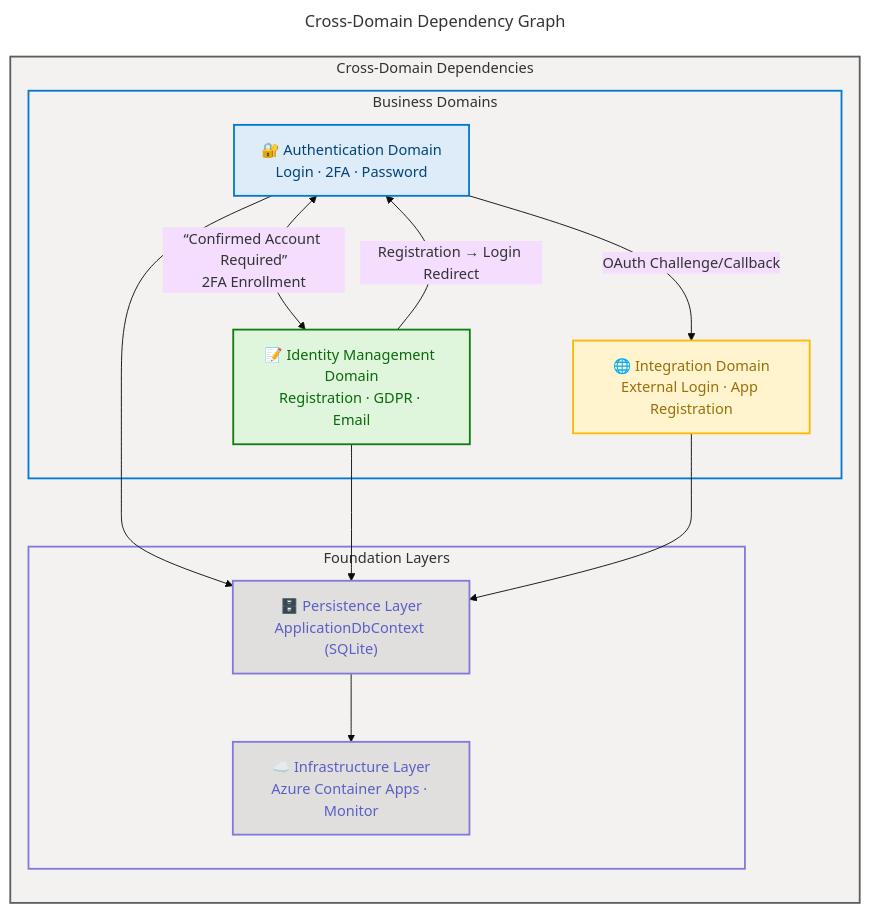
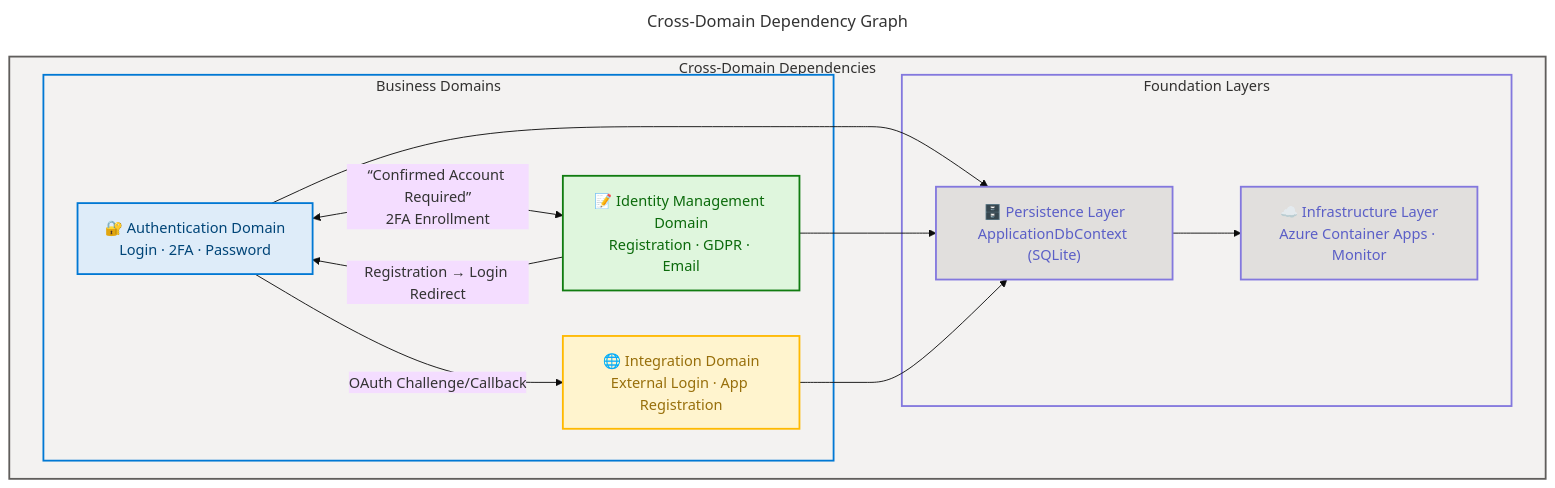
Before and after one commit to Evilazaro/IdentityProvider: diagram 11 of 11 in docs/architecture/business-architecture.md, drawn with Mermaid. The commit also changed other lines of this file, not shown here.

Commit message:
Refactor flowchart direction in multiple diagrams to ensure consistent representation in business architecture documentation

````diff
--- a/docs/architecture/business-architecture.md
+++ b/docs/architecture/business-architecture.md
@@ -1321,64 +1321,64 @@
 ```mermaid
 ---
 title: Cross-Domain Dependency Graph
 config:
   theme: base
   look: classic
   layout: dagre
   themeVariables:
     fontSize: '16px'
   flowchart:
     htmlLabels: true
 ---
-flowchart LR
+flowchart TD
     accTitle: Cross-Domain Dependency Graph — Contoso IdentityProvider
     accDescr: Shows bidirectional dependencies between Authentication, Identity Management, Integration, Persistence, and Infrastructure domains
 
     %% ═══════════════════════════════════════════════════════════════
     %% AZURE / FLUENT ARCHITECTURE PATTERN v1.1
     %% Semantic + Structural + Font + Accessibility Governance
     %% ═══════════════════════════════════════════════════════════════
     %% PHASE 1 — STRUCTURAL: Direction explicit, nesting ≤ 3
     %% PHASE 2 — SEMANTIC: Max 5 classes, neutral-first
     %% PHASE 3 — FONT: Dark text on light backgrounds ≥ 4.5:1
     %% PHASE 4 — ACCESSIBILITY: accTitle + accDescr + icons on all nodes
     %% PHASE 5 — STANDARD: Governance block + classDefs centralized
     %% ═══════════════════════════════════════════════════════════════
 
     subgraph main["Cross-Domain Dependencies"]
         subgraph businessDomains["Business Domains"]
             AUTH["🔐 Authentication Domain<br/>Login · 2FA · Password"]
             IDM["📝 Identity Management Domain<br/>Registration · GDPR · Email"]
             INT["🌐 Integration Domain<br/>External Login · App Registration"]
         end
 
         subgraph foundationLayers["Foundation Layers"]
             PERSIST["🗄️ Persistence Layer<br/>ApplicationDbContext (SQLite)"]
             INFRA["☁️ Infrastructure Layer<br/>Azure Container Apps · Monitor"]
         end
     end
 
     AUTH <-->|“Confirmed Account Required”<br/>2FA Enrollment| IDM
     AUTH -->|OAuth Challenge/Callback| INT
     IDM -->|Registration → Login Redirect| AUTH
     AUTH --> PERSIST
     IDM --> PERSIST
     INT --> PERSIST
     PERSIST --> INFRA
 
     %% Semantic classDefs
     classDef core fill:#DEECF9,stroke:#0078D4,stroke-width:2px,color:#004578
     classDef success fill:#DFF6DD,stroke:#107C10,stroke-width:2px,color:#0B6A0B
     classDef warning fill:#FFF4CE,stroke:#FFB900,stroke-width:2px,color:#986F0B
     classDef data fill:#E1DFDD,stroke:#8378DE,stroke-width:2px,color:#5B5FC7
 
     class AUTH core
     class IDM success
     class INT warning
     class PERSIST,INFRA data
 
     %% Subgraph styling
     style main fill:#F3F2F1,stroke:#605E5C,stroke-width:2px,color:#323130
     style businessDomains fill:#F3F2F1,stroke:#0078D4,stroke-width:2px,color:#323130
     style foundationLayers fill:#F3F2F1,stroke:#8378DE,stroke-width:2px,color:#323130
 ```
````
